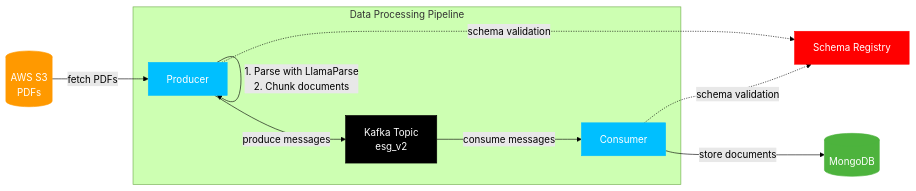
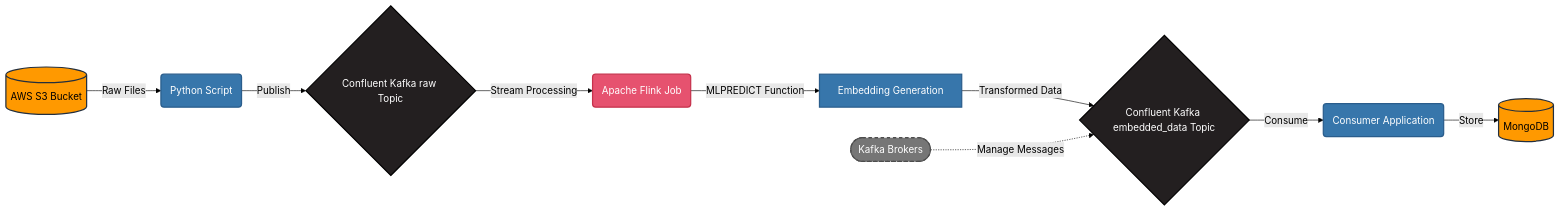
The diagram in README.md (mongodb-partners/doc-embedding-stream), drawn with Mermaid (forest theme) before and after one commit.

Commit message:
Update architecture diagram in README to reflect new data processing flow with Apache Flink and Kafka integration

````diff
--- a/README.md
+++ b/README.md
@@ -7,23 +7,27 @@
 ```mermaid
-graph LR
-    S3[(AWS S3\nPDFs)] -->|fetch PDFs| P[Producer]
-    P -->|1. Parse with LlamaParse\n2. Chunk documents| P
-    P -->|produce messages| K[Kafka Topic\nesg_v2]
-    P -.->|schema validation| SR[Schema Registry]
-    K -->|consume messages| C[Consumer]
-    C -.->|schema validation| SR
-    C -->|store documents| M[(MongoDB)]
-    
-    subgraph Data Processing Pipeline
-        P
-        K
-        C
-    end
-    
-    style S3 fill:#FF9900,stroke:#FF9900,color:white
-    style P fill:#00BFFF,stroke:#00BFFF,color:white
-    style K fill:#000000,stroke:#000000,color:white
-    style C fill:#00BFFF,stroke:#00BFFF,color:white
-    style M fill:#4DB33D,stroke:#4DB33D,color:white
-    style SR fill:#FF0000,stroke:#FF0000,color:white
+flowchart LR
+    S3[("AWS S3 Bucket")] -- Raw Files --> PY("Python Script")
+    PY -- Publish --> KR{"Confluent Kafka raw Topic"}
+    KR -- Stream Processing --> FLINK("Apache Flink Job")
+    FLINK -- MLPREDICT Function --> EMB["Embedding Generation"]
+    EMB -- Transformed Data --> KE{"Confluent Kafka embedded_data Topic"}
+    KB(["Kafka Brokers"]) -. Manage Messages .-> KE
+    KE -- Consume --> CONS("Consumer Application")
+    CONS -- Store --> MDB[("MongoDB")]
+
+     S3:::storage
+     PY:::process
+     KR:::kafka
+     FLINK:::flink
+     EMB:::process
+     KE:::kafka
+     KB:::broker
+     CONS:::process
+     MDB:::storage
+    classDef storage fill:#FF9900,stroke:#232F3E,color:black,stroke-width:2px
+    classDef process fill:#3776AB,stroke:#2A5D8C,color:white,stroke-width:2px
+    classDef kafka fill:#231F20,stroke:#000000,color:white,stroke-width:2px
+    classDef flink fill:#E6526F,stroke:#C6324C,color:white,stroke-width:2px
+    classDef mongo fill:#4DB33D,stroke:#3E9431,color:white,stroke-width:2px
+    classDef broker fill:#767676,stroke:#4D4D4D,color:white,stroke-width:2px,stroke-dasharray:5 5
 ```
````
